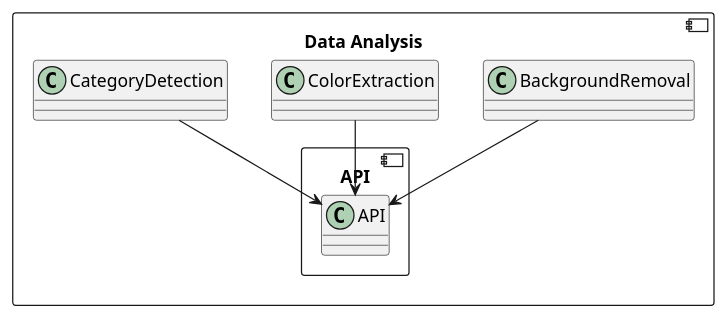
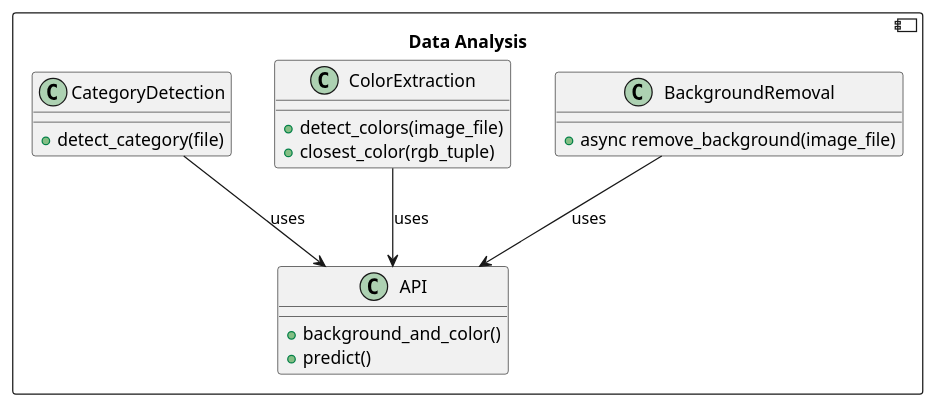
Before and after one commit to aniaxb/Froom: the diagram in diagrams/DataAnalysisClassDiagram.puml, drawn with PlantUML. The commit also changed 1 other file, not shown here.

Commit message:
Translated sequence diagram from ENG to PL and fixed DataAnalysisClassDiagram

```diff
--- a/diagrams/DataAnalysisClassDiagram.puml
+++ b/diagrams/DataAnalysisClassDiagram.puml
@@ -1,18 +1,25 @@
 @startuml
 
 component "Data Analysis" {
-    class BackgroundRemoval
-    class ColorExtraction
-    class CategoryDetection
-
-    component API {
-    class routes as "API"
+    class BackgroundRemoval {
+        +async remove_background(image_file)
+    }
+    class ColorExtraction {
+        +detect_colors(image_file)
+        +closest_color(rgb_tuple)
+    }
+    class CategoryDetection {
+        +detect_category(file)
     }
 
-    BackgroundRemoval --> routes
-    ColorExtraction --> routes
-    CategoryDetection --> routes
+    class API {
+        +background_and_color()
+        +predict()
+    }
 
+    BackgroundRemoval --> API: uses
+    ColorExtraction --> API: uses
+    CategoryDetection --> API: uses
 }
 
 @enduml
```
